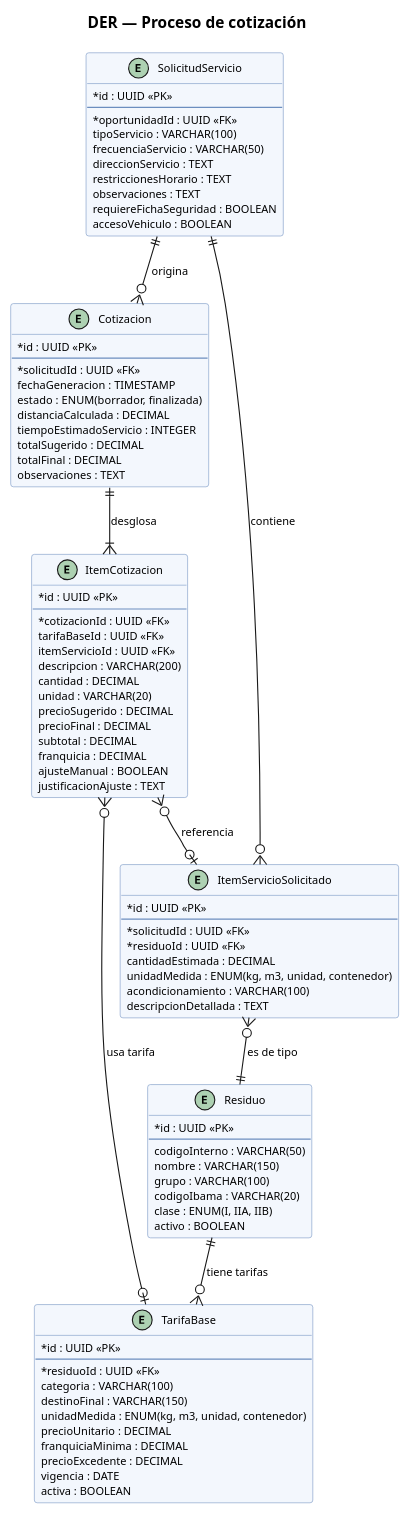
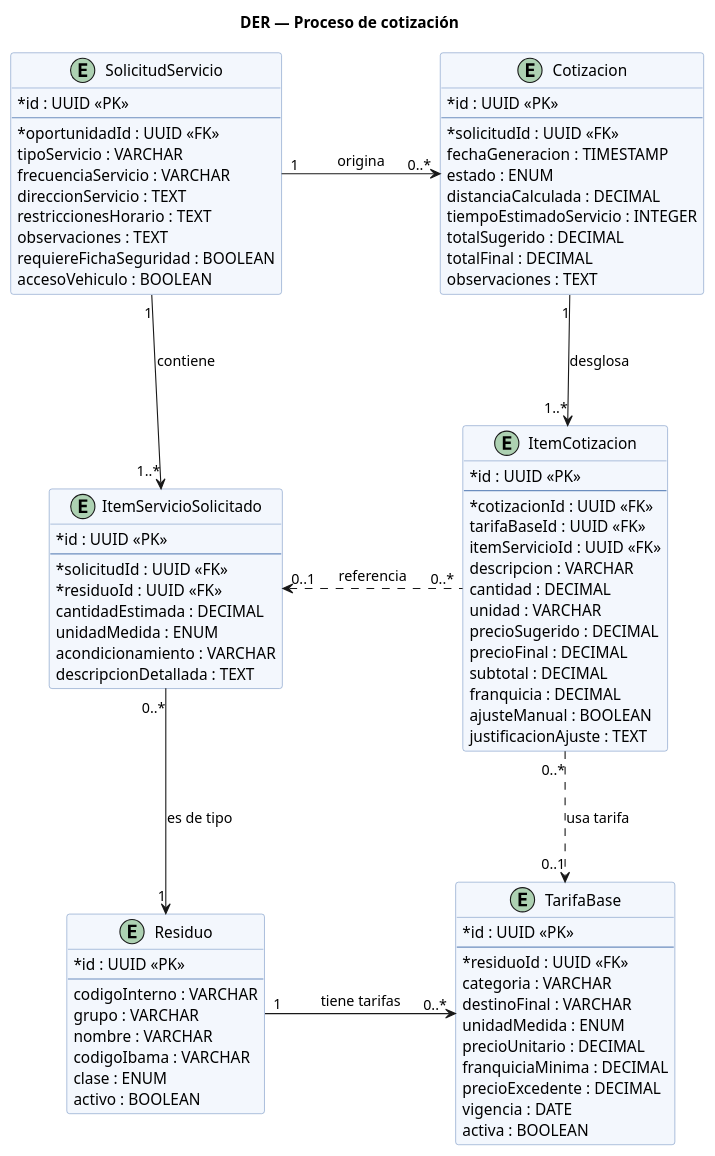
One commit to BrendaLopes/TFG-CRM-BROOKS changed the diagram in analisis-diseno/3.6-modelo-datos/DER-cotizacion.puml. Above: the diagram before and after it, drawn with PlantUML. The commit also changed 2 other files, not shown here.

Commit message:
diagramas DER v2

```diff
--- a/analisis-diseno/3.6-modelo-datos/DER-cotizacion.puml
+++ b/analisis-diseno/3.6-modelo-datos/DER-cotizacion.puml
@@ -1,108 +1,104 @@
 @startuml
 title DER — Proceso de cotización
 
+skinparam classAttributeIconSize 0
 skinparam shadowing false
-skinparam classAttributeIconSize 0
-skinparam defaultFontSize 10
-skinparam ranksep 45
-skinparam nodesep 30
+skinparam nodesep 100
+skinparam ranksep 100
 
 skinparam class {
   BackgroundColor #F3F7FD
   BorderColor #6C8EBF
 }
 
 entity SolicitudServicio {
   * id : UUID <<PK>>
   --
   * oportunidadId : UUID <<FK>>
-  tipoServicio : VARCHAR(100)
-  frecuenciaServicio : VARCHAR(50)
+  tipoServicio : VARCHAR
+  frecuenciaServicio : VARCHAR
   direccionServicio : TEXT
   restriccionesHorario : TEXT
   observaciones : TEXT
   requiereFichaSeguridad : BOOLEAN
   accesoVehiculo : BOOLEAN
 }
 
 entity Cotizacion {
   * id : UUID <<PK>>
   --
   * solicitudId : UUID <<FK>>
   fechaGeneracion : TIMESTAMP
-  estado : ENUM(borrador, finalizada)
+  estado : ENUM
   distanciaCalculada : DECIMAL
   tiempoEstimadoServicio : INTEGER
   totalSugerido : DECIMAL
   totalFinal : DECIMAL
   observaciones : TEXT
 }
 
 entity ItemCotizacion {
   * id : UUID <<PK>>
   --
   * cotizacionId : UUID <<FK>>
   tarifaBaseId : UUID <<FK>>
   itemServicioId : UUID <<FK>>
-  descripcion : VARCHAR(200)
+  descripcion : VARCHAR
   cantidad : DECIMAL
-  unidad : VARCHAR(20)
+  unidad : VARCHAR
   precioSugerido : DECIMAL
   precioFinal : DECIMAL
   subtotal : DECIMAL
   franquicia : DECIMAL
   ajusteManual : BOOLEAN
   justificacionAjuste : TEXT
 }
 
 entity ItemServicioSolicitado {
   * id : UUID <<PK>>
   --
   * solicitudId : UUID <<FK>>
   * residuoId : UUID <<FK>>
   cantidadEstimada : DECIMAL
-  unidadMedida : ENUM(kg, m3, unidad, contenedor)
-  acondicionamiento : VARCHAR(100)
+  unidadMedida : ENUM
+  acondicionamiento : VARCHAR
   descripcionDetallada : TEXT
 }
 
 entity Residuo {
   * id : UUID <<PK>>
   --
-  codigoInterno : VARCHAR(50)
-  nombre : VARCHAR(150)
-  grupo : VARCHAR(100)
-  codigoIbama : VARCHAR(20)
-  clase : ENUM(I, IIA, IIB)
+  codigoInterno : VARCHAR
+  grupo : VARCHAR
+  nombre : VARCHAR
+  codigoIbama : VARCHAR
+  clase : ENUM
   activo : BOOLEAN
 }
 
 entity TarifaBase {
   * id : UUID <<PK>>
   --
   * residuoId : UUID <<FK>>
-  categoria : VARCHAR(100)
-  destinoFinal : VARCHAR(150)
-  unidadMedida : ENUM(kg, m3, unidad, contenedor)
+  categoria : VARCHAR
+  destinoFinal : VARCHAR
+  unidadMedida : ENUM
   precioUnitario : DECIMAL
   franquiciaMinima : DECIMAL
   precioExcedente : DECIMAL
   vigencia : DATE
   activa : BOOLEAN
 }
 
-SolicitudServicio ||--o{ ItemServicioSolicitado : contiene
-SolicitudServicio ||--o{ Cotizacion : origina
+SolicitudServicio "1" -right-> "0..*" Cotizacion : origina
+SolicitudServicio "1" -down-> "1..*" ItemServicioSolicitado : contiene
 
-Cotizacion ||--|{ ItemCotizacion : desglosa
+Cotizacion "1" -down-> "1..*" ItemCotizacion : desglosa
 
-ItemCotizacion }o--o| ItemServicioSolicitado : referencia
-ItemCotizacion }o--o| TarifaBase : usa tarifa
+ItemCotizacion "0..*" .left.> "0..1" ItemServicioSolicitado : referencia
+ItemCotizacion "0..*" .down.> "0..1" TarifaBase : usa tarifa
 
-ItemServicioSolicitado }o--|| Residuo : es de tipo
-Residuo ||--o{ TarifaBase : tiene tarifas
-
-' ---- Ajuste visual ----
-Residuo -[hidden]- TarifaBase
+ItemServicioSolicitado "0..*" -down-> "1" Residuo : es de tipo
+Residuo "1" -right-> "0..*" TarifaBase : tiene tarifas
 
 @enduml
```
